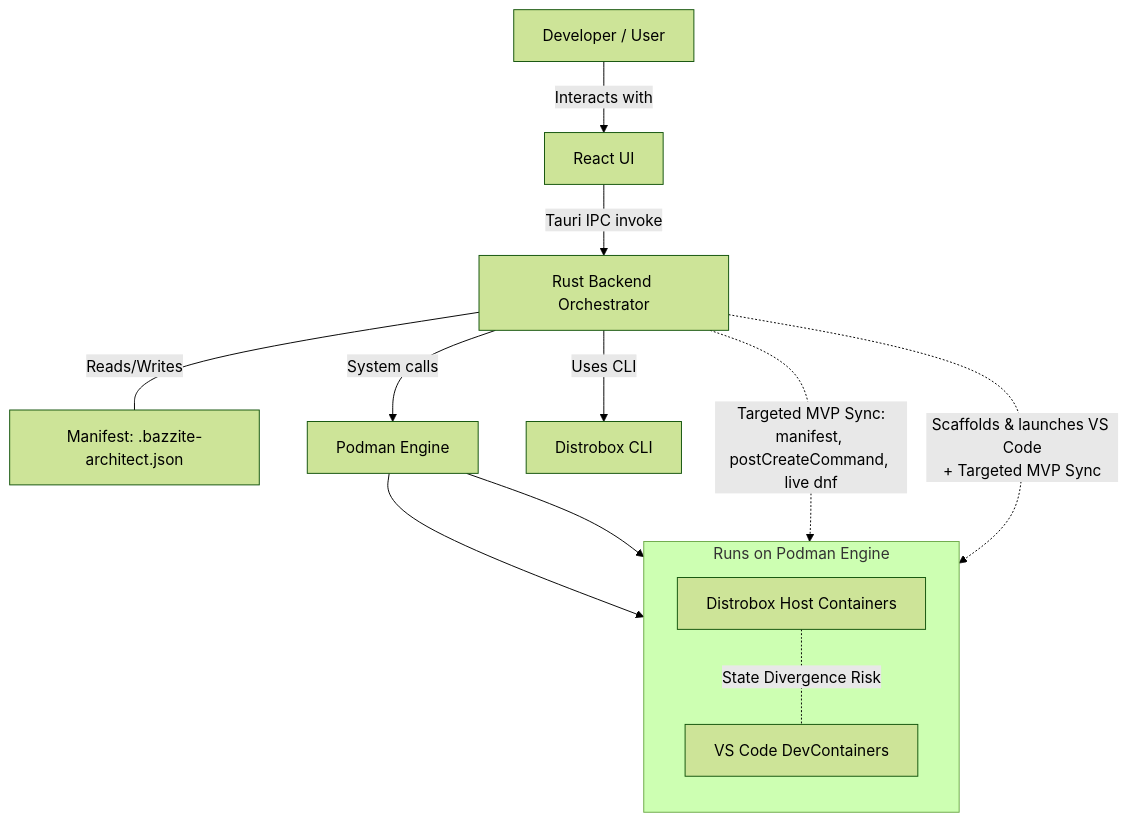
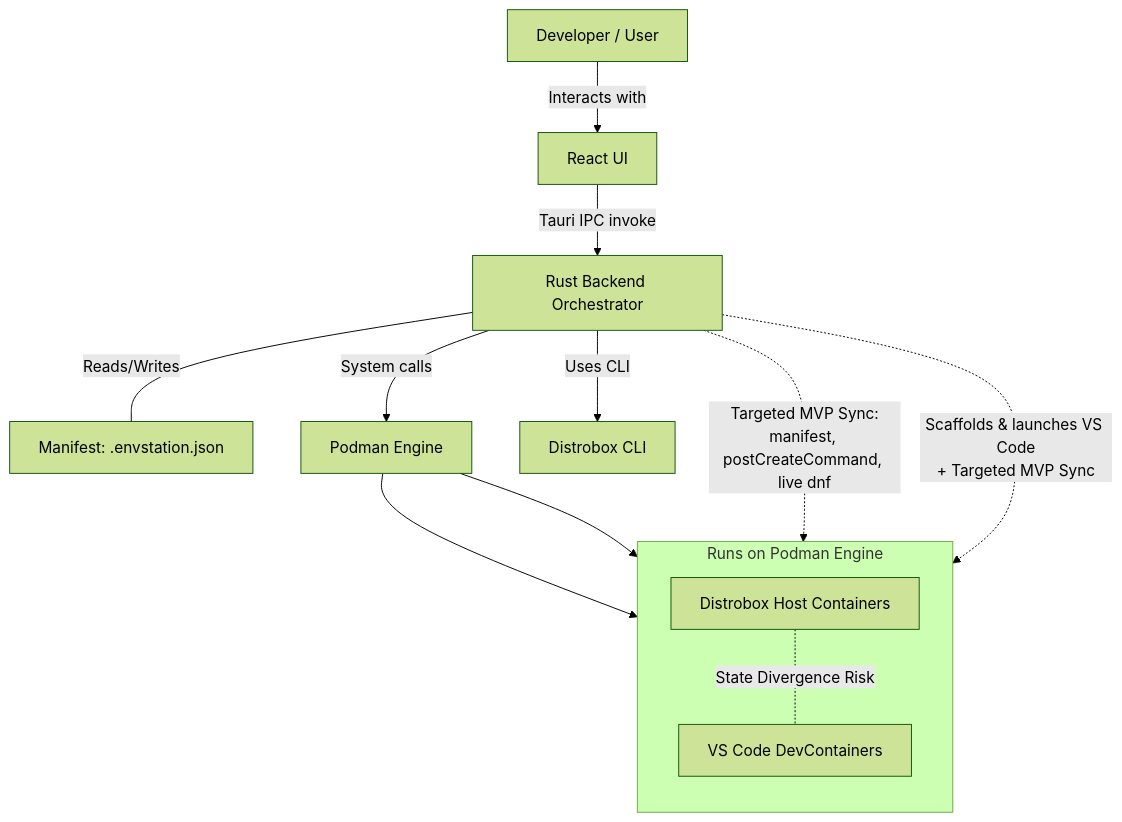
The first of 7 diagrams in ARCHITECTURE.md (bogdan-d/bazzite-architect), drawn with Mermaid (forest theme) before and after one commit. The commit also changed other lines of this file and 22 other files, not shown here.

````diff
--- a/ARCHITECTURE.md
+++ b/ARCHITECTURE.md
@@ -43,21 +43,21 @@
 ```mermaid
 graph TD
   A[Developer / User] -->|Interacts with| B[React UI]
   B -->|Tauri IPC invoke| C[Rust Backend Orchestrator]
-  C -- Reads/Writes --- D[Manifest: .bazzite-architect.json]
+  C -- Reads/Writes --- D[Manifest: .envstation.json]
   C -->|System calls| E[Podman Engine]
   C -->|Uses CLI| H[Distrobox CLI]
 
   E --> F
   E --> G
   
   subgraph Runs on Podman Engine
     direction TB
     F[Distrobox Host Containers]
     G[VS Code DevContainers]
   end
 
   C -.->|Targeted MVP Sync:<br/>manifest, postCreateCommand, live dnf| F
   C -.->|Scaffolds & launches VS Code<br/>+ Targeted MVP Sync| G
   F -.-|State Divergence Risk| G
 ```
````
